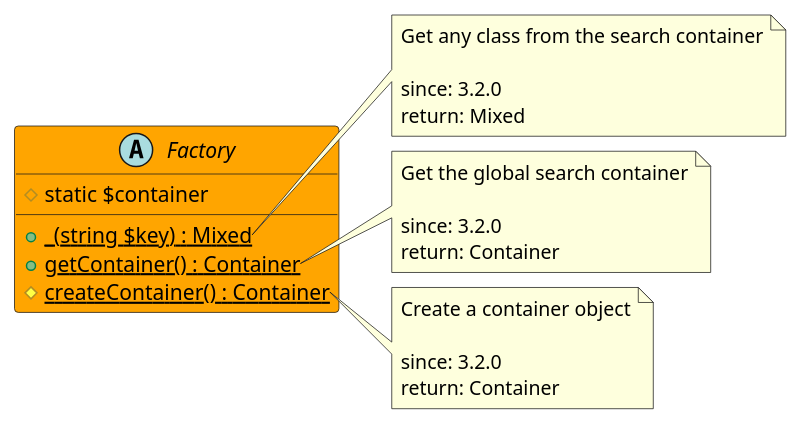
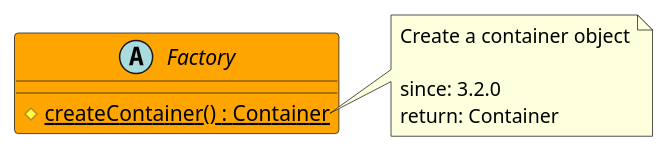
Before and after one commit to joomengine/search: the diagram in src/01a89ba8-f8bb-435c-93de-0a8f3fa9432a/README.md, drawn with PlantUML. The commit also changed other lines of this file and 58 other files, not shown here.

````diff
--- a/src/01a89ba8-f8bb-435c-93de-0a8f3fa9432a/README.md
+++ b/src/01a89ba8-f8bb-435c-93de-0a8f3fa9432a/README.md
@@ -11,32 +12,15 @@
 ```uml
 @startuml
 abstract Factory  #Orange {
-  # static $container
-  + {static} _(string $key) : Mixed
-  + {static} getContainer() : Container
   # {static} createContainer() : Container
 }
-
-note right of Factory::_
-  Get any class from the search container
-
-  since: 3.2.0
-  return: Mixed
-end note
-
-note right of Factory::getContainer
-  Get the global search container
-
-  since: 3.2.0
-  return: Container
-end note
 
 note right of Factory::createContainer
   Create a container object
 
   since: 3.2.0
   return: Container
 end note
  
 @enduml
 ```
````
